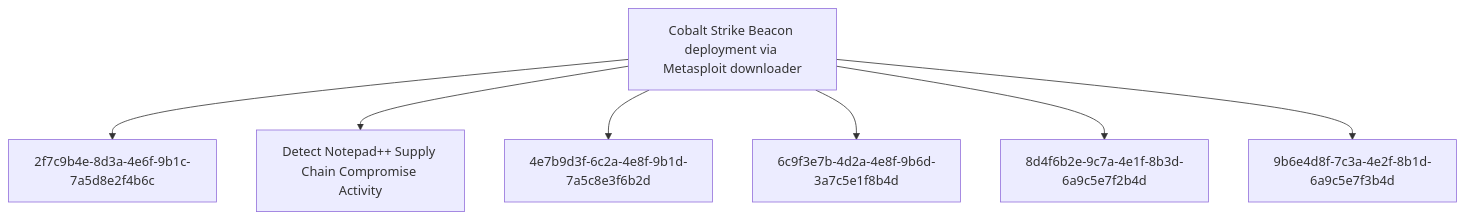
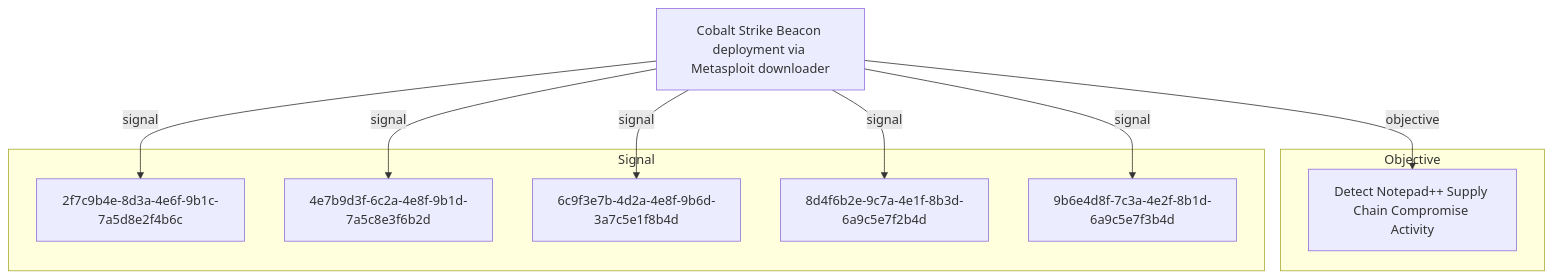
Before and after one commit to opentidehq/library: the second of 2 diagrams in docs/threats/cobalt-strike-beacon-deployment-via-metasploit-downloader.md, drawn with Mermaid. The commit also changed other lines of this file and 277 other files, not shown here.

````diff
--- a/docs/threats/cobalt-strike-beacon-deployment-via-metasploit-downloader.md
+++ b/docs/threats/cobalt-strike-beacon-deployment-via-metasploit-downloader.md
@@ -327,16 +368,20 @@
 ```mermaid
 flowchart TB
-7c4d9a2e_8f3b_4e6a_9d1c_5a7b8e2f4d3a["Cobalt Strike Beacon deployment via Metasploit downloader"]
+subgraph "Objective"
+3e8b5d7f_9c2a_4f6e_8b1d_7a4c9e3f6b2d["Detect Notepad++ Supply Chain Compromise Activity"]
+end
+subgraph "Signal"
 2f7c9b4e_8d3a_4e6f_9b1c_7a5d8e2f4b6c["2f7c9b4e-8d3a-4e6f-9b1c-7a5d8e2f4b6c"]
-3e8b5d7f_9c2a_4f6e_8b1d_7a4c9e3f6b2d["Detect Notepad++ Supply Chain Compromise Activity"]
 4e7b9d3f_6c2a_4e8f_9b1d_7a5c8e3f6b2d["4e7b9d3f-6c2a-4e8f-9b1d-7a5c8e3f6b2d"]
 6c9f3e7b_4d2a_4e8f_9b6d_3a7c5e1f8b4d["6c9f3e7b-4d2a-4e8f-9b6d-3a7c5e1f8b4d"]
 8d4f6b2e_9c7a_4e1f_8b3d_6a9c5e7f2b4d["8d4f6b2e-9c7a-4e1f-8b3d-6a9c5e7f2b4d"]
 9b6e4d8f_7c3a_4e2f_8b1d_6a9c5e7f3b4d["9b6e4d8f-7c3a-4e2f-8b1d-6a9c5e7f3b4d"]
-7c4d9a2e_8f3b_4e6a_9d1c_5a7b8e2f4d3a --> 2f7c9b4e_8d3a_4e6f_9b1c_7a5d8e2f4b6c
-7c4d9a2e_8f3b_4e6a_9d1c_5a7b8e2f4d3a --> 3e8b5d7f_9c2a_4f6e_8b1d_7a4c9e3f6b2d
-7c4d9a2e_8f3b_4e6a_9d1c_5a7b8e2f4d3a --> 4e7b9d3f_6c2a_4e8f_9b1d_7a5c8e3f6b2d
-7c4d9a2e_8f3b_4e6a_9d1c_5a7b8e2f4d3a --> 6c9f3e7b_4d2a_4e8f_9b6d_3a7c5e1f8b4d
-7c4d9a2e_8f3b_4e6a_9d1c_5a7b8e2f4d3a --> 8d4f6b2e_9c7a_4e1f_8b3d_6a9c5e7f2b4d
-7c4d9a2e_8f3b_4e6a_9d1c_5a7b8e2f4d3a --> 9b6e4d8f_7c3a_4e2f_8b1d_6a9c5e7f3b4d
+end
+7c4d9a2e_8f3b_4e6a_9d1c_5a7b8e2f4d3a["Cobalt Strike Beacon deployment via Metasploit downloader"]
+7c4d9a2e_8f3b_4e6a_9d1c_5a7b8e2f4d3a -->|objective| 3e8b5d7f_9c2a_4f6e_8b1d_7a4c9e3f6b2d
+7c4d9a2e_8f3b_4e6a_9d1c_5a7b8e2f4d3a -->|signal| 2f7c9b4e_8d3a_4e6f_9b1c_7a5d8e2f4b6c
+7c4d9a2e_8f3b_4e6a_9d1c_5a7b8e2f4d3a -->|signal| 4e7b9d3f_6c2a_4e8f_9b1d_7a5c8e3f6b2d
+7c4d9a2e_8f3b_4e6a_9d1c_5a7b8e2f4d3a -->|signal| 6c9f3e7b_4d2a_4e8f_9b6d_3a7c5e1f8b4d
+7c4d9a2e_8f3b_4e6a_9d1c_5a7b8e2f4d3a -->|signal| 8d4f6b2e_9c7a_4e1f_8b3d_6a9c5e7f2b4d
+7c4d9a2e_8f3b_4e6a_9d1c_5a7b8e2f4d3a -->|signal| 9b6e4d8f_7c3a_4e2f_8b1d_6a9c5e7f3b4d
 ```
````
